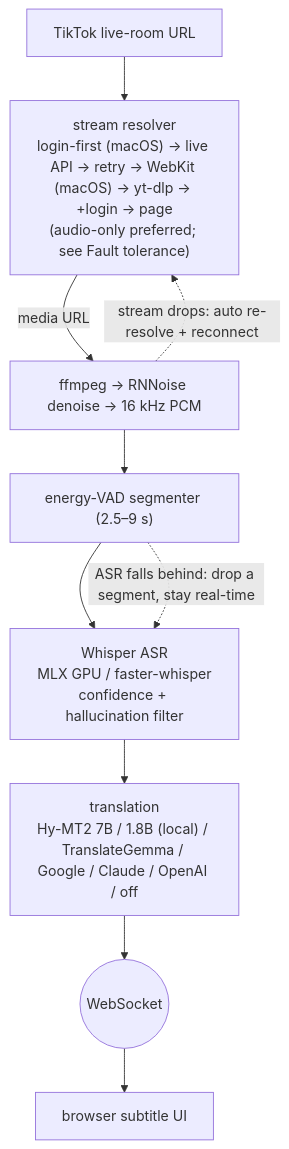
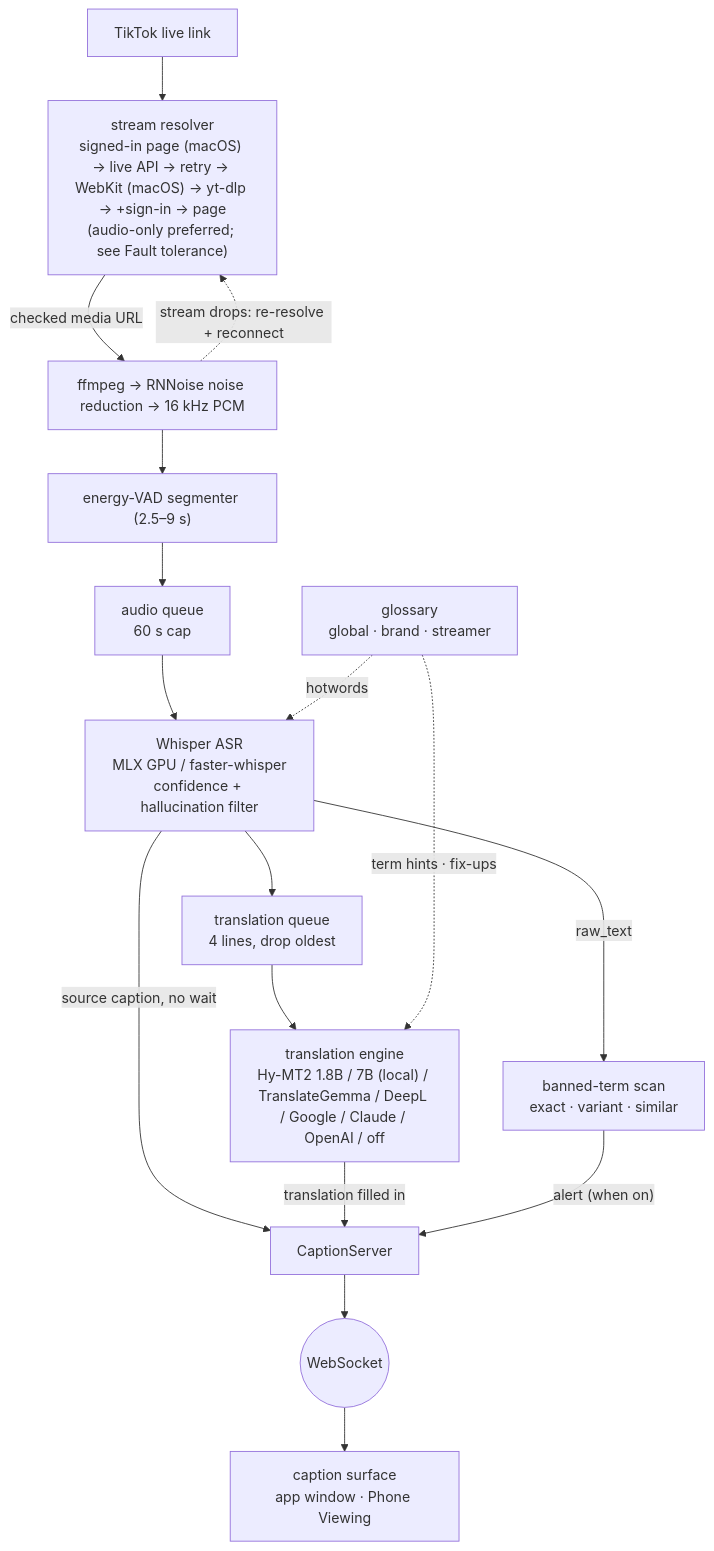
One commit to EM917/tiktok-live-translator changed the diagram in README.md. Above: the diagram before and after it, drawn with Mermaid. The commit also changed other lines of this file and 1 other file, not shown here.

````diff
--- a/README.md
+++ b/README.md
@@ -625,12 +625,19 @@
 ```mermaid
 flowchart TD
-    URL["TikTok live-room URL"] --> RESOLVE["stream resolver<br/>login-first (macOS) → live API → retry → WebKit (macOS) → yt-dlp → +login → page<br/>(audio-only preferred; see Fault tolerance)"]
-    RESOLVE -->|"media URL"| FF["ffmpeg → RNNoise denoise → 16 kHz PCM"]
+    URL["TikTok live link"] --> RESOLVE["stream resolver<br/>signed-in page (macOS) → live API → retry → WebKit (macOS) → yt-dlp → +sign-in → page<br/>(audio-only preferred; see Fault tolerance)"]
+    RESOLVE -->|"checked media URL"| FF["ffmpeg → RNNoise noise reduction → 16 kHz PCM"]
     FF --> VAD["energy-VAD segmenter (2.5–9 s)"]
-    VAD --> ASR["Whisper ASR<br/>MLX GPU / faster-whisper<br/>confidence + hallucination filter"]
-    ASR --> TR["translation<br/>Hy-MT2 7B / 1.8B (local) / TranslateGemma / Google / Claude / OpenAI / off"]
-    TR --> WS(("WebSocket"))
-    WS --> UI["browser subtitle UI"]
-    FF -.->|"stream drops: auto re-resolve + reconnect"| RESOLVE
-    VAD -.->|"ASR falls behind: drop a segment, stay real-time"| ASR
+    VAD --> AQ["audio queue<br/>60 s cap"]
+    AQ --> ASR["Whisper ASR<br/>MLX GPU / faster-whisper<br/>confidence + hallucination filter"]
+    GL["glossary<br/>global · brand · streamer"] -.->|"hotwords"| ASR
+    ASR -->|"source caption, no wait"| SRV["CaptionServer"]
+    ASR --> TQ["translation queue<br/>4 lines, drop oldest"]
+    TQ --> TR["translation engine<br/>Hy-MT2 1.8B / 7B (local) / TranslateGemma / DeepL / Google / Claude / OpenAI / off"]
+    GL -.->|"term hints · fix-ups"| TR
+    TR -->|"translation filled in"| SRV
+    ASR -->|"raw_text"| DET["banned-term scan<br/>exact · variant · similar"]
+    DET -->|"alert (when on)"| SRV
+    SRV --> WS(("WebSocket"))
+    WS --> UI["caption surface<br/>app window · Phone Viewing"]
+    FF -.->|"stream drops: re-resolve + reconnect"| RESOLVE
 ```
````
